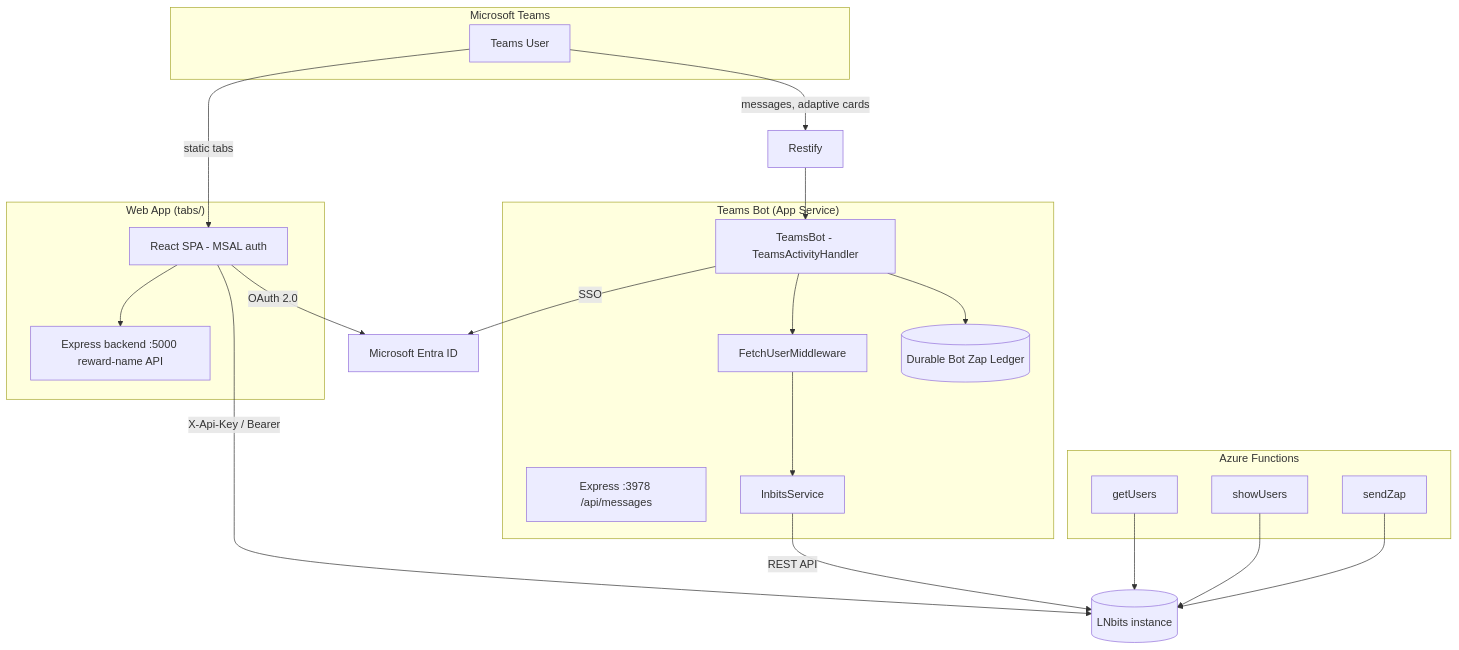
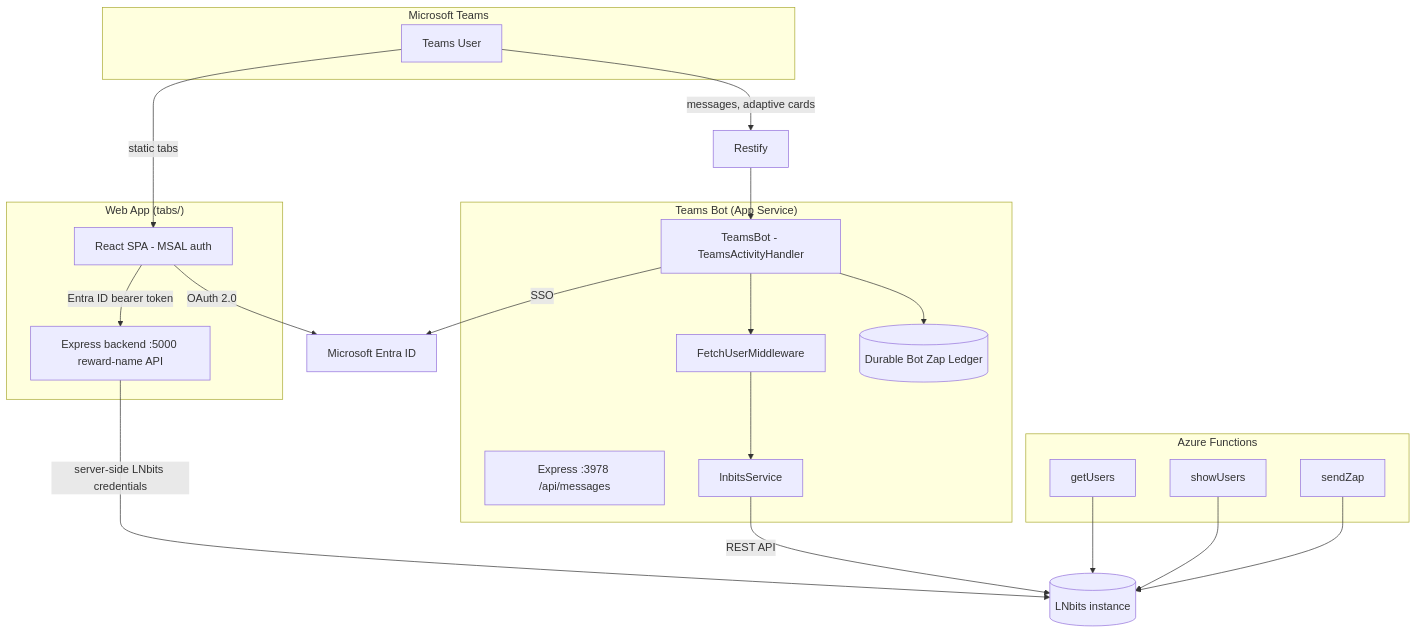
One commit to knowall-ai/zaplie-bot changed the first of 2 diagrams in docs/SOLUTION_DESIGN.adoc. Above: the diagram before and after it, drawn with Mermaid. The commit also changed other lines of this file and 6 other files, not shown here.

```diff
--- a/docs/SOLUTION_DESIGN.adoc
+++ b/docs/SOLUTION_DESIGN.adoc
@@ -19,38 +19,38 @@
 [mermaid]
 ....
 flowchart TB
     subgraph Teams["Microsoft Teams"]
         User[Teams User]
     end
     subgraph Bot["Teams Bot (App Service)"]
         Express[Express :3978 /api/messages]
         TB[TeamsBot - TeamsActivityHandler]
         MW[FetchUserMiddleware]
         LNS[lnbitsService]
         BZL[(Durable Bot Zap Ledger)]
     end
     subgraph Tabs["Web App (tabs/)"]
         CRA[React SPA - MSAL auth]
         BE[Express backend :5000 reward-name API]
     end
     subgraph Func["Azure Functions"]
         F1[getUsers]
         F2[showUsers]
         F3[sendZap]
     end
     LN[(LNbits instance)]
     AAD[Microsoft Entra ID]
 
     User -->|messages, adaptive cards| Restify --> TB
     TB --> MW --> LNS
     TB --> BZL
     User -->|static tabs| CRA
-    CRA -->|X-Api-Key / Bearer| LN
-    CRA --> BE
+    CRA -->|Entra ID bearer token| BE
+    BE -->|server-side LNbits credentials| LN
     LNS -->|REST API| LN
     F1 --> LN
     F2 --> LN
     F3 --> LN
     CRA -->|OAuth 2.0| AAD
     TB -->|SSO| AAD
 ....
```
